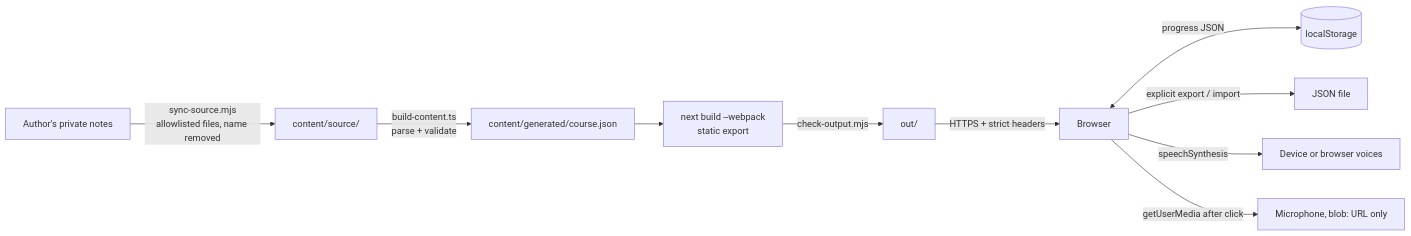
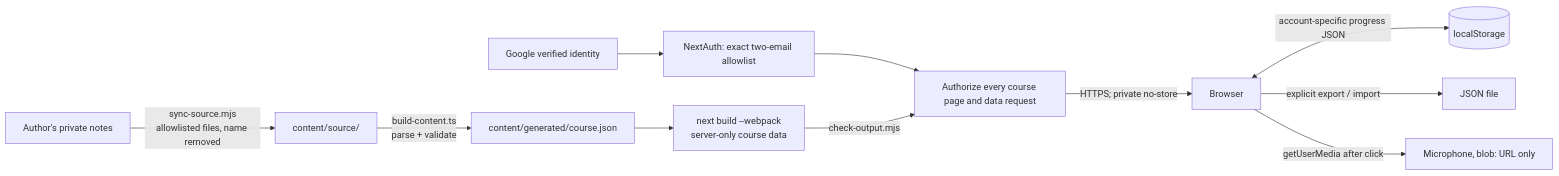
One commit to mehedi-hasan-2426/sprungbrett-deutsch changed the diagram in docs/threat-model.md. Above: the diagram before and after it, drawn with Mermaid. The commit also changed other lines of this file and 48 other files, not shown here.

First line of the commit message:
Enrich A1-A2 lessons and restrict access to two Google accounts

````diff
--- a/docs/threat-model.md
+++ b/docs/threat-model.md
@@ -8,12 +8,13 @@
 ```mermaid
 flowchart LR
     N[Author's private notes] -->|sync-source.mjs<br/>allowlisted files, name removed| S[content/source/]
     S -->|build-content.ts<br/>parse + validate| J[content/generated/course.json]
-    J --> B[next build --webpack<br/>static export]
-    B -->|check-output.mjs| O[out/]
-    O -->|HTTPS + strict headers| BR[Browser]
-    BR <-->|progress JSON| LS[(localStorage)]
+    J --> B[next build --webpack<br/>server-only course data]
+    G[Google verified identity] --> A[NextAuth: exact two-email allowlist]
+    A --> R[Authorize every course page and data request]
+    B -->|check-output.mjs| R
+    R -->|HTTPS; private no-store| BR[Browser]
+    BR <-->|account-specific progress JSON| LS[(localStorage)]
     BR -->|explicit export / import| F[JSON file]
-    BR -->|speechSynthesis| V[Device or browser voices]
     BR -->|getUserMedia after click| M[Microphone, blob: URL only]
 ```
````
